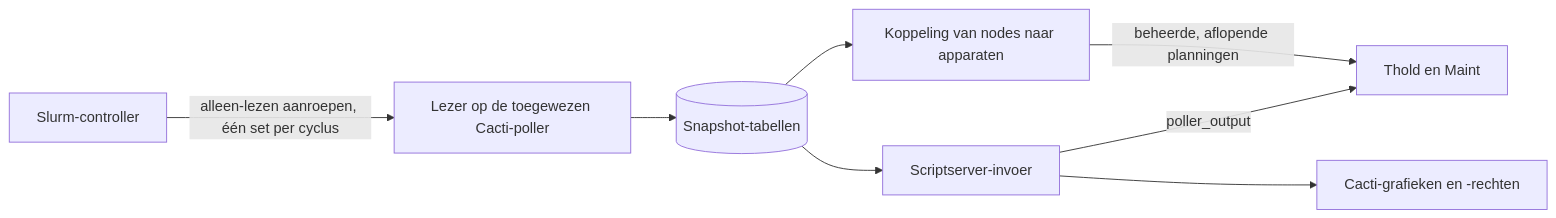
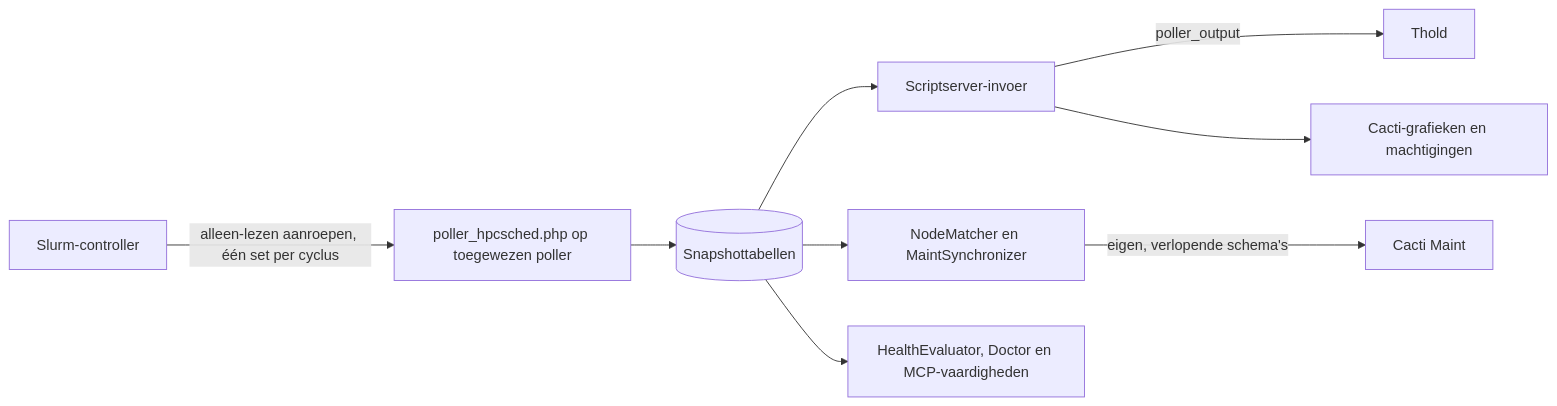
One commit to somethingwithproof/plugin_hpcsched changed the diagram in docs/i18n/nl-NL/README.md. Above: the diagram before and after it, drawn with Mermaid. The commit also changed other lines of this file and 48 other files, not shown here.

````diff
--- a/docs/i18n/nl-NL/README.md
+++ b/docs/i18n/nl-NL/README.md
@@ -109,10 +163,11 @@
 ```mermaid
 flowchart LR
-    S[Slurm-controller] -->|alleen-lezen aanroepen, één set per cyclus| R[Lezer op de toegewezen Cacti-poller]
-    R --> SNAP[(Snapshot-tabellen)]
+    S[Slurm-controller] -->|alleen-lezen aanroepen, één set per cyclus| R[poller_hpcsched.php op toegewezen poller]
+    R --> SNAP[(Snapshottabellen)]
     SNAP --> SS[Scriptserver-invoer]
-    SS -->|poller_output| T[Thold en Maint]
-    SS --> G[Cacti-grafieken en -rechten]
-    SNAP --> MAP[Koppeling van nodes naar apparaten]
-    MAP -->|beheerde, aflopende planningen| T
+    SS -->|poller_output| T[Thold]
+    SS --> G[Cacti-grafieken en machtigingen]
+    SNAP --> MAP[NodeMatcher en MaintSynchronizer]
+    MAP -->|eigen, verlopende schema's| M[Cacti Maint]
+    SNAP --> H[HealthEvaluator, Doctor en MCP-vaardigheden]
 ```
````
